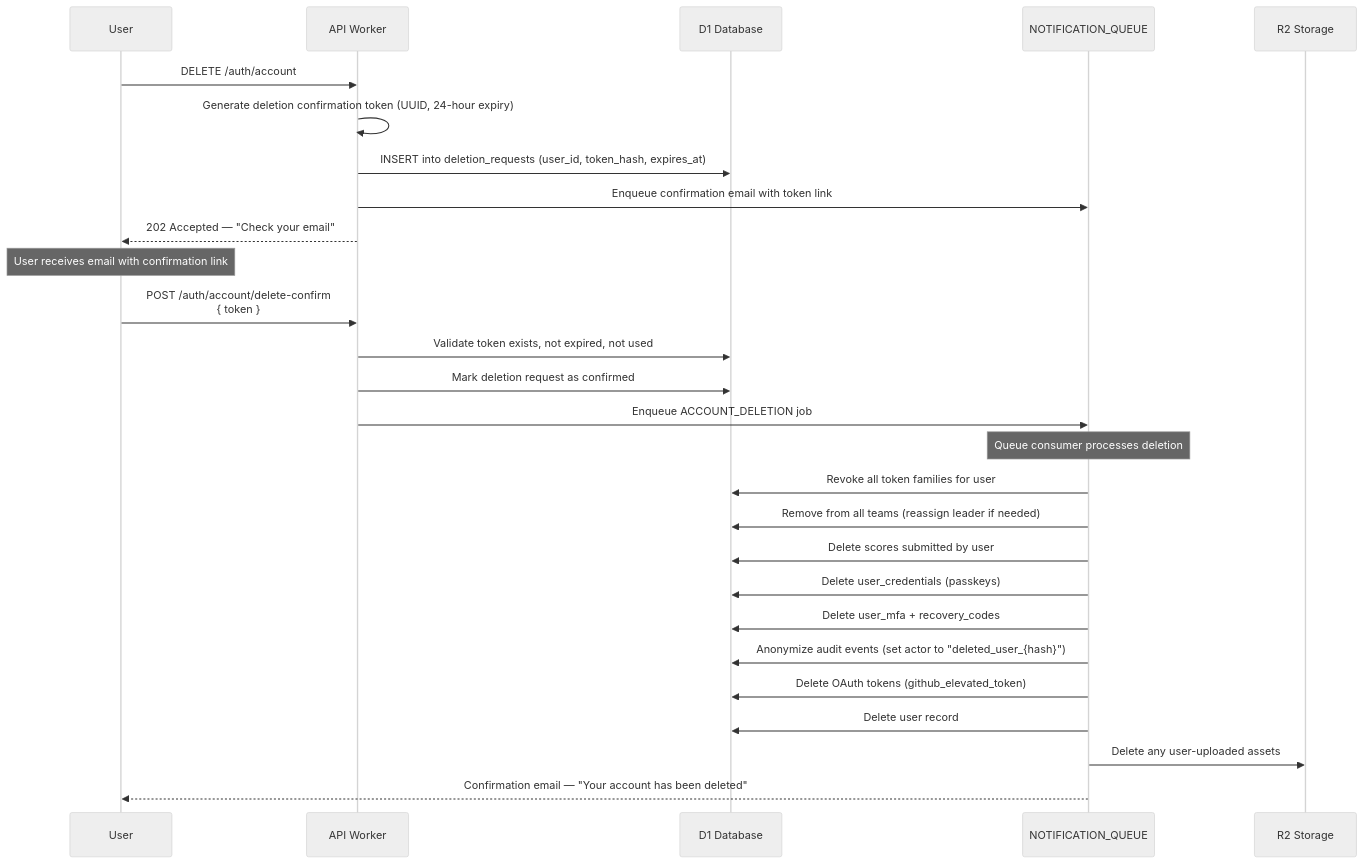
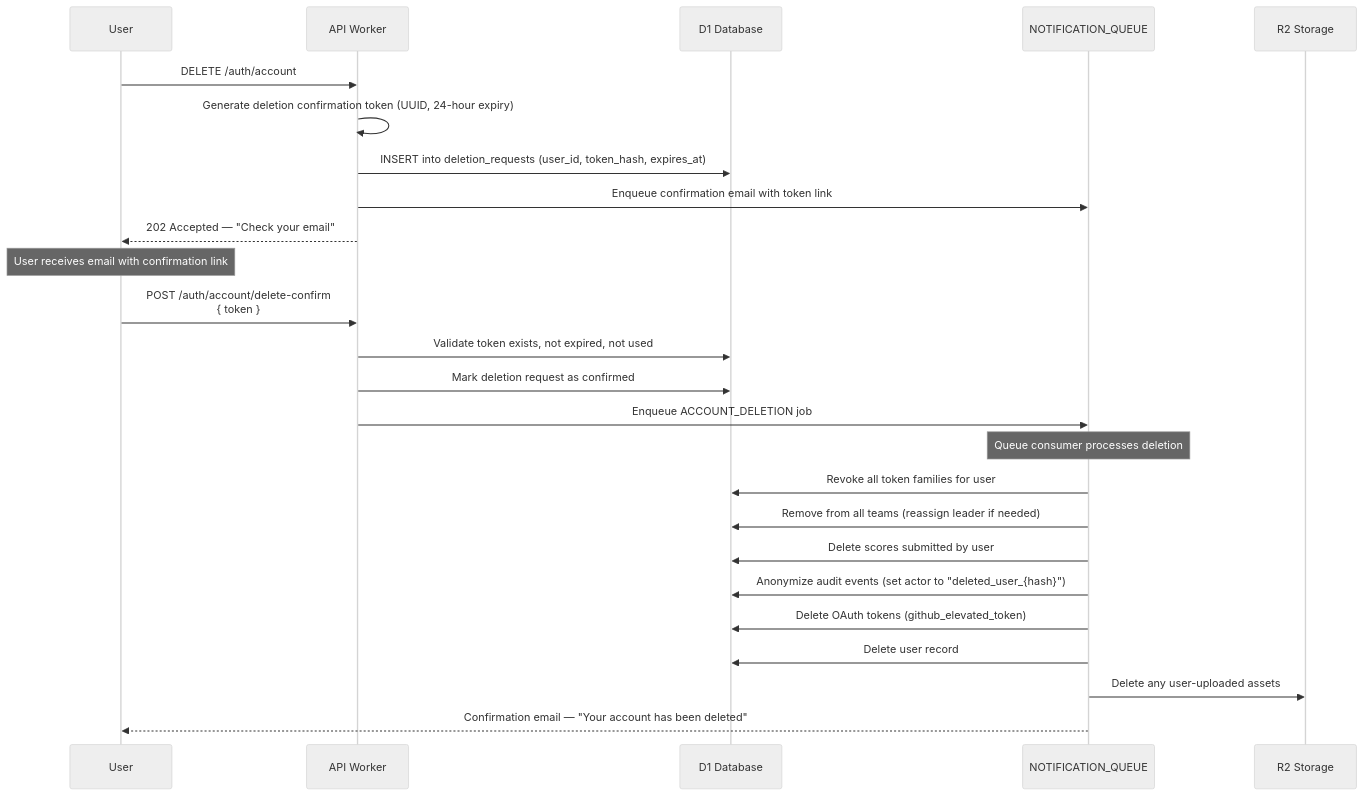
Diagram 12 of 13 in docs/v3/planned/authentication.md (devangshupandey2025-stack/DevSage), drawn with Mermaid (neutral theme) before and after one commit. The commit also changed other lines of this file, not shown here.

First line of the commit message:
docs(auth): establish 3-domain architecture, remove MFA and passkeys

````diff
--- a/docs/v3/planned/authentication.md
+++ b/docs/v3/planned/authentication.md
@@ -848,36 +702,35 @@
 ```mermaid
 sequenceDiagram
     participant U as User
     participant W as API Worker
     participant D1 as D1 Database
     participant Q as NOTIFICATION_QUEUE
     participant R2 as R2 Storage
 
     U->>W: DELETE /auth/account
     W->>W: Generate deletion confirmation token (UUID, 24-hour expiry)
     W->>D1: INSERT into deletion_requests (user_id, token_hash, expires_at)
     W->>Q: Enqueue confirmation email with token link
     W-->>U: 202 Accepted — "Check your email"
 
     Note over U: User receives email with confirmation link
 
     U->>W: POST /auth/account/delete-confirm<br/>{ token }
     W->>D1: Validate token exists, not expired, not used
     W->>D1: Mark deletion request as confirmed
 
     W->>Q: Enqueue ACCOUNT_DELETION job
 
     Note over Q: Queue consumer processes deletion
 
     Q->>D1: Revoke all token families for user
     Q->>D1: Remove from all teams (reassign leader if needed)
     Q->>D1: Delete scores submitted by user
-    Q->>D1: Delete user_credentials (passkeys)
-    Q->>D1: Delete user_mfa + recovery_codes
+
     Q->>D1: Anonymize audit events (set actor to "deleted_user_{hash}")
     Q->>D1: Delete OAuth tokens (github_elevated_token)
     Q->>D1: Delete user record
     Q->>R2: Delete any user-uploaded assets
 
     Q-->>U: Confirmation email — "Your account has been deleted"
 ```
````
